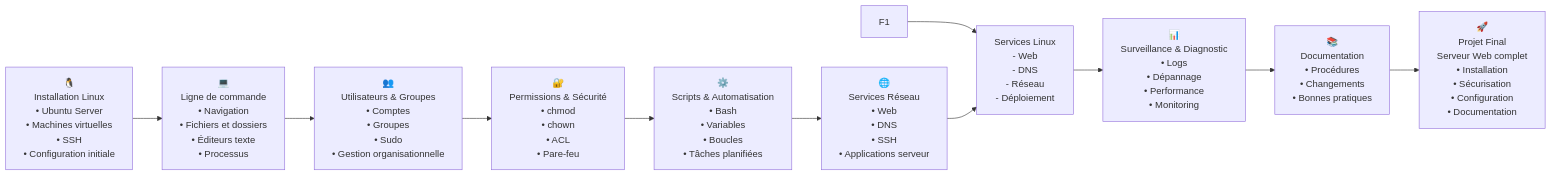
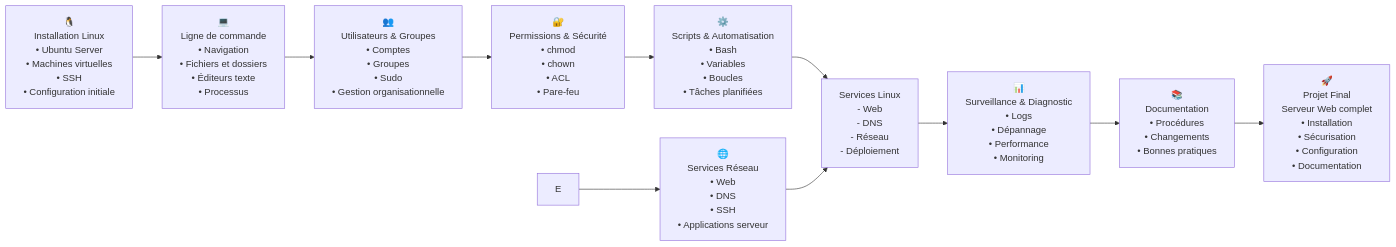
Before and after one commit to CollegeBoreal/INF1085-201-26A-04: the third of 4 diagrams in 0.PlanDeCours/README.md, drawn with Mermaid.

Commit message:
Fix formatting in README.md for automation section

```diff
--- a/0.PlanDeCours/README.md
+++ b/0.PlanDeCours/README.md
@@ -140,7 +140,7 @@
 • Pare-feu
 "]
 
-D --> E["⚙️
+D --> F1["⚙️
 Scripts & Automatisation
 • Bash
 • Variables
```
